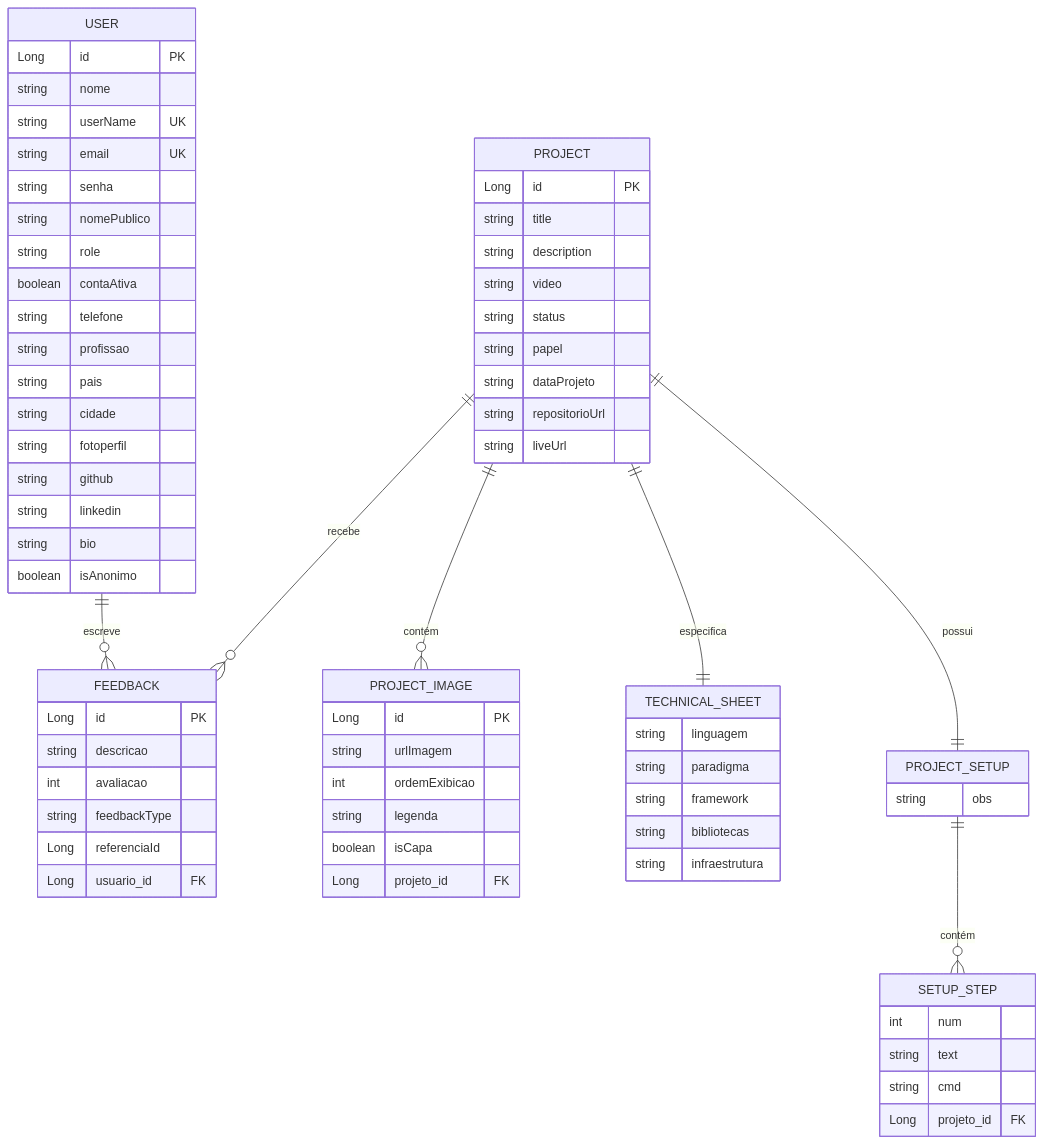
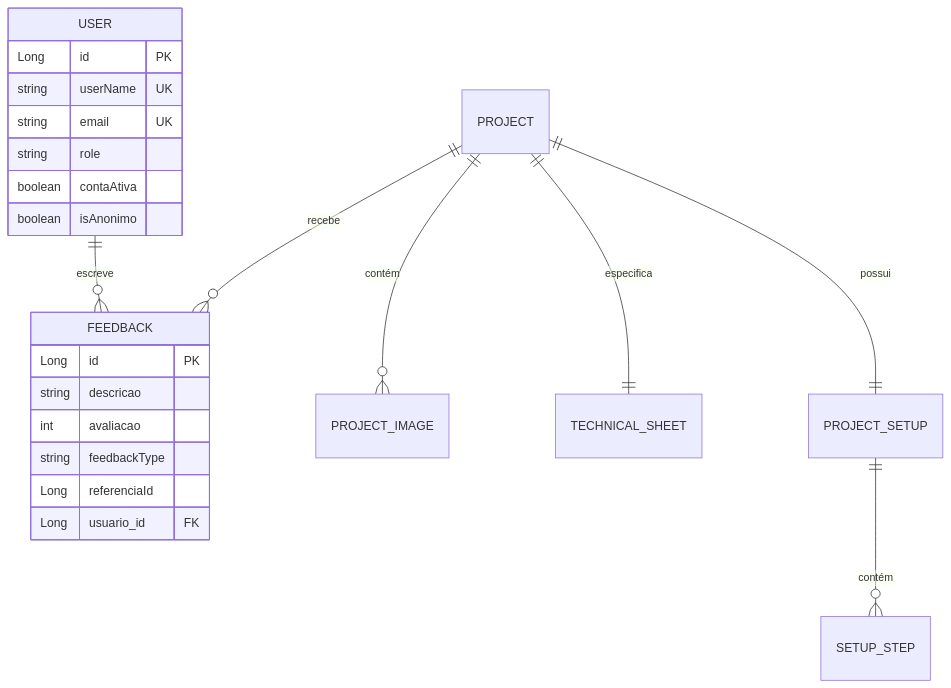
The diagram in README.md (brunofdev/brunofragadev-hml), drawn with Mermaid before and after one commit. The commit also changed other lines of this file, not shown here.

````diff
--- a/README.md
+++ b/README.md
@@ -247,79 +180,28 @@
 ```mermaid
 erDiagram
     USER ||--o{ FEEDBACK : "escreve"
     USER {
         Long id PK
-        string nome
         string userName UK
         string email UK
-        string senha
-        string nomePublico
         string role
         boolean contaAtiva
-        string telefone
-        string profissao
-        string pais
-        string cidade
-        string fotoperfil
-        string github
-        string linkedin
-        string bio
         boolean isAnonimo
     }
 
     PROJECT ||--o{ FEEDBACK : "recebe"
     PROJECT ||--o{ PROJECT_IMAGE : "contém"
     PROJECT ||--|| TECHNICAL_SHEET : "especifica"
     PROJECT ||--|| PROJECT_SETUP : "possui"
-
-    PROJECT {
-        Long id PK
-        string title
-        string description
-        string video
-        string status
-        string papel
-        string dataProjeto
-        string repositorioUrl
-        string liveUrl
-    }
-
-    PROJECT_IMAGE {
-        Long id PK
-        string urlImagem
-        int ordemExibicao
-        string legenda
-        boolean isCapa
-        Long projeto_id FK
-    }
-
-    TECHNICAL_SHEET {
-        string linguagem
-        string paradigma
-        string framework
-        string bibliotecas
-        string infraestrutura
-    }
-
-    PROJECT_SETUP {
-        string obs
-    }
-
-    SETUP_STEP {
-        int num
-        string text
-        string cmd
-        Long projeto_id FK
-    }
 
     PROJECT_SETUP ||--o{ SETUP_STEP : "contém"
 
     FEEDBACK {
         Long id PK
         string descricao
         int avaliacao
         string feedbackType
         Long referenciaId
         Long usuario_id FK
     }
 ```
````
